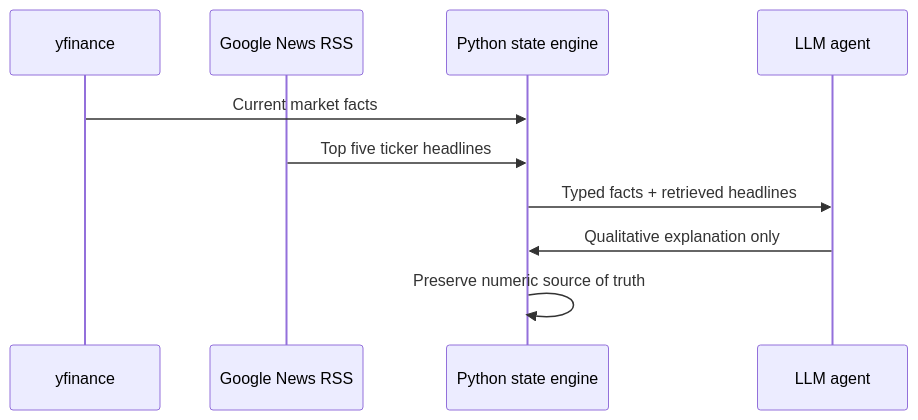
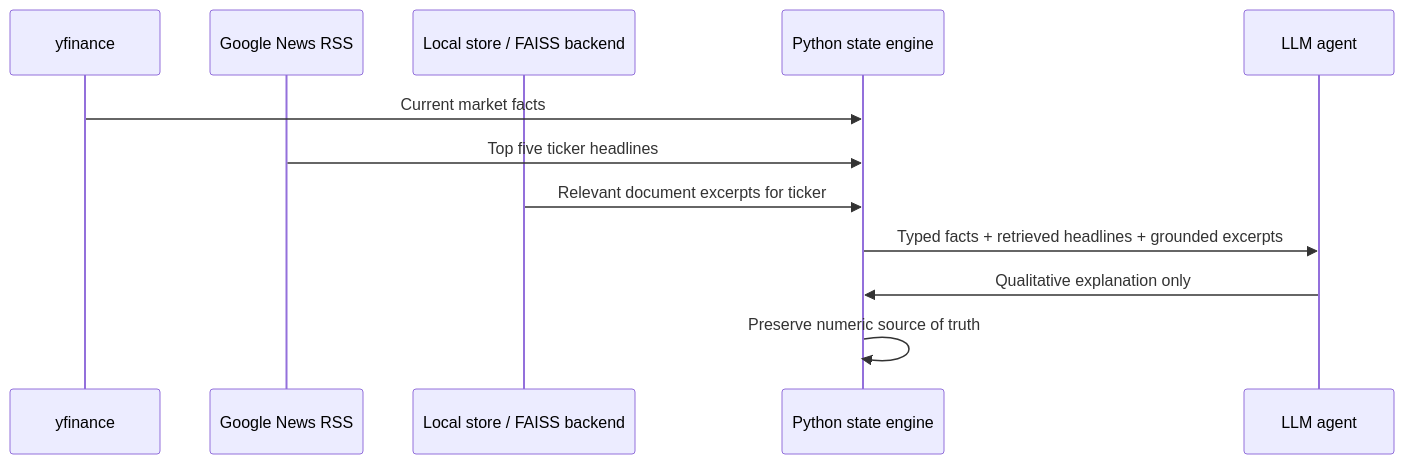
Before and after one commit to joshigauravj-ops/MudraSenseAI: the second of 2 diagrams in ARCHITECTURE.md, drawn with Mermaid. The commit also changed other lines of this file and 15 other files, not shown here.

````diff
--- a/ARCHITECTURE.md
+++ b/ARCHITECTURE.md
@@ -143,13 +147,15 @@
 ```mermaid
 sequenceDiagram
     participant Y as yfinance
     participant G as Google News RSS
+    participant R as Local store / FAISS backend
     participant P as Python state engine
     participant L as LLM agent
 
     Y->>P: Current market facts
     G->>P: Top five ticker headlines
-    P->>L: Typed facts + retrieved headlines
+    R->>P: Relevant document excerpts for ticker
+    P->>L: Typed facts + retrieved headlines + grounded excerpts
     L->>P: Qualitative explanation only
     P->>P: Preserve numeric source of truth
 ```
````
